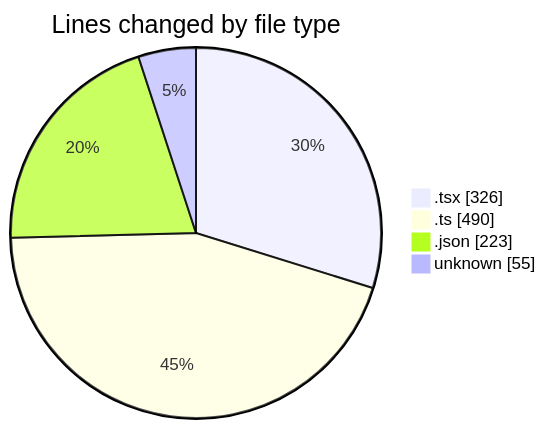
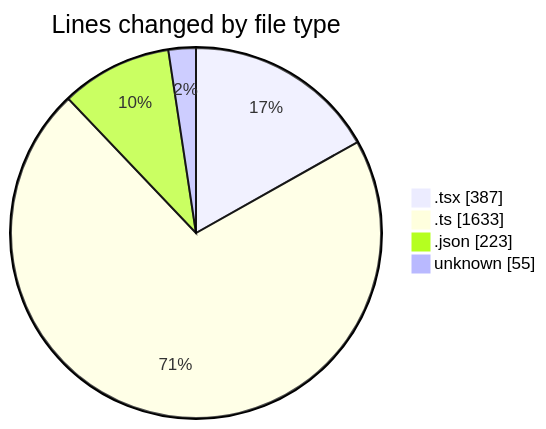
One commit to momahboobian/code-tracking changed the first of 2 diagrams in 2025-10-21/cda/README.md. Above: the diagram before and after it, drawn with Mermaid. The commit also changed other lines of this file and 1 other file, not shown here.

````diff
--- a/2025-10-21/cda/README.md
+++ b/2025-10-21/cda/README.md
@@ -28,8 +30,8 @@
 ```mermaid
 pie showData
 title Lines changed by file type
-".tsx" : 326
-".ts" : 490
+".tsx" : 387
+".ts" : 1633
 ".json" : 223
 "unknown" : 55
 ```
````
